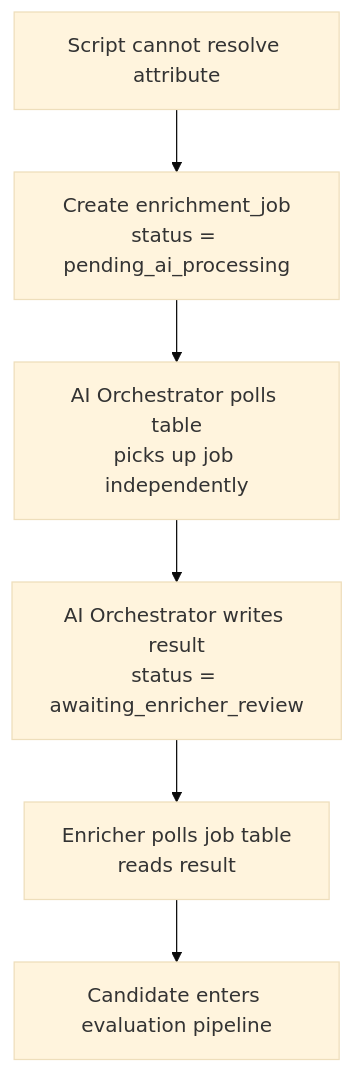
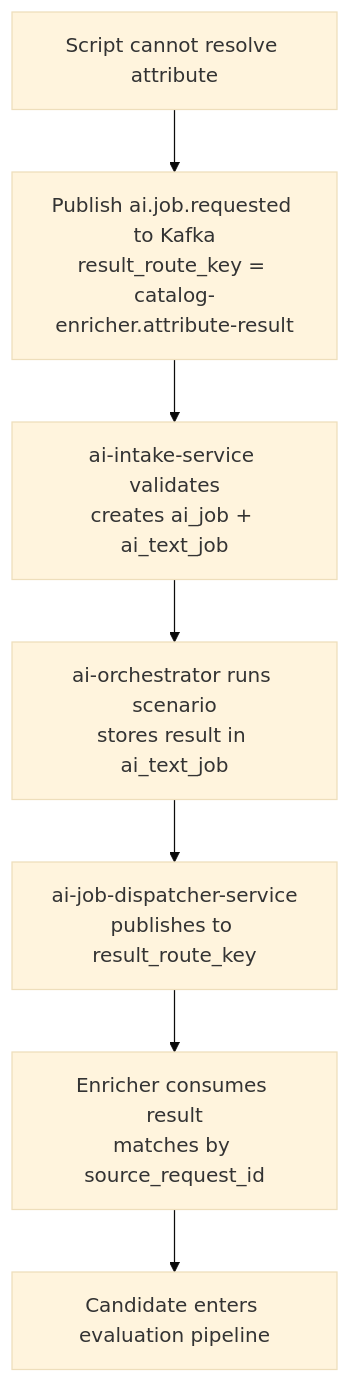
Before and after one commit to MafiaCoconut/Monstrino: the seventh of 12 diagrams in monstrino-docs/docs/pipelines/data-ingestion/catalog-ingest/03-catalog-data-enricher.md, drawn with Mermaid (base theme). The commit also changed other lines of this file and 68 other files, not shown here.

````diff
--- a/monstrino-docs/docs/pipelines/data-ingestion/catalog-ingest/03-catalog-data-enricher.md
+++ b/monstrino-docs/docs/pipelines/data-ingestion/catalog-ingest/03-catalog-data-enricher.md
@@ -319,9 +323,10 @@
 ```mermaid
 flowchart TD
 
-A[Script cannot resolve attribute] --> B[Create enrichment_job<br/>status = pending_ai_processing]
-B --> C[AI Orchestrator polls table<br/>picks up job independently]
-C --> D[AI Orchestrator writes result<br/>status = awaiting_enricher_review]
-D --> E[Enricher polls job table<br/>reads result]
-E --> F[Candidate enters evaluation pipeline]
+A[Script cannot resolve attribute] --> B[Publish ai.job.requested to Kafka<br/>result_route_key = catalog-enricher.attribute-result]
+B --> C[ai-intake-service validates<br/>creates ai_job + ai_text_job]
+C --> D[ai-orchestrator runs scenario<br/>stores result in ai_text_job]
+D --> E[ai-job-dispatcher-service<br/>publishes to result_route_key]
+E --> F[Enricher consumes result<br/>matches by source_request_id]
+F --> G[Candidate enters evaluation pipeline]
 ```
````
